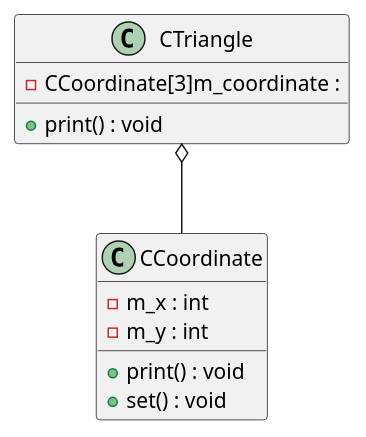
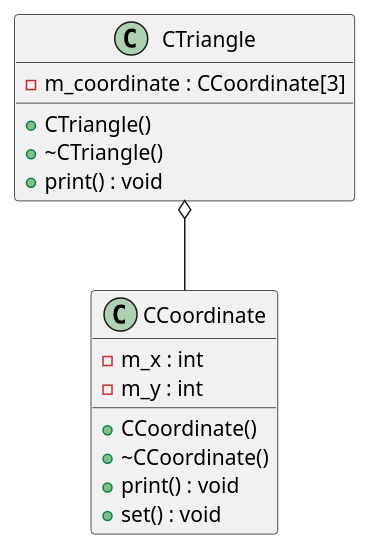
One commit to Alexander-Wilms/Advanced-Programming-Techniques changed diagram 14 of 42 in UML diagrams.md. Above: the diagram before and after it, drawn with PlantUML. The commit also changed other lines of this file and 35 other files, not shown here.

Commit message:
Further work on 'UML diagrams.md'

````diff
--- a/UML diagrams.md
+++ b/UML diagrams.md
@@ -887,19 +897,23 @@
 ```plantuml
 @startuml
 class CTriangle {
- 	- CCoordinate[3]m_coordinate : 
+ 	- m_coordinate : CCoordinate[3]
 
+	+ CTriangle()
+	+ ~CTriangle()
  	+ print() : void
 }
 class CCoordinate {
  	- m_x : int
  	- m_y : int
 
+	+ CCoordinate()
+	+ ~CCoordinate()
  	+ print() : void
  	+ set() : void
 }
 
 CTriangle o-- CCoordinate
 
 @enduml
 ```
````
